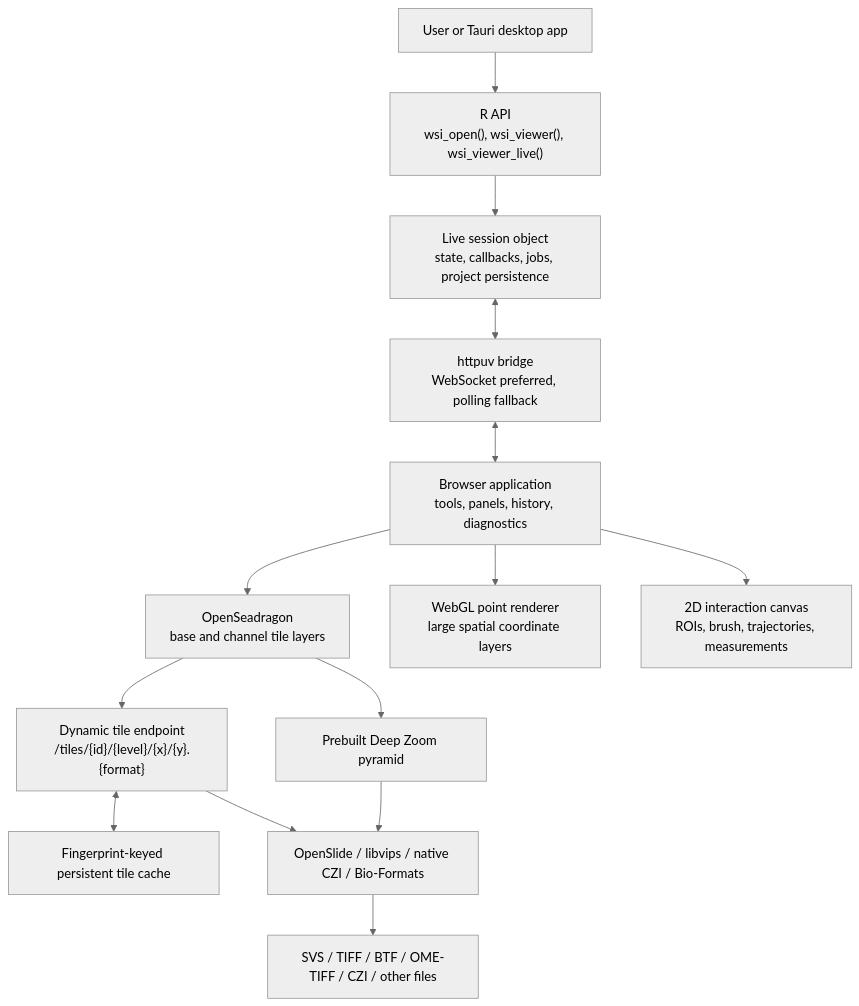
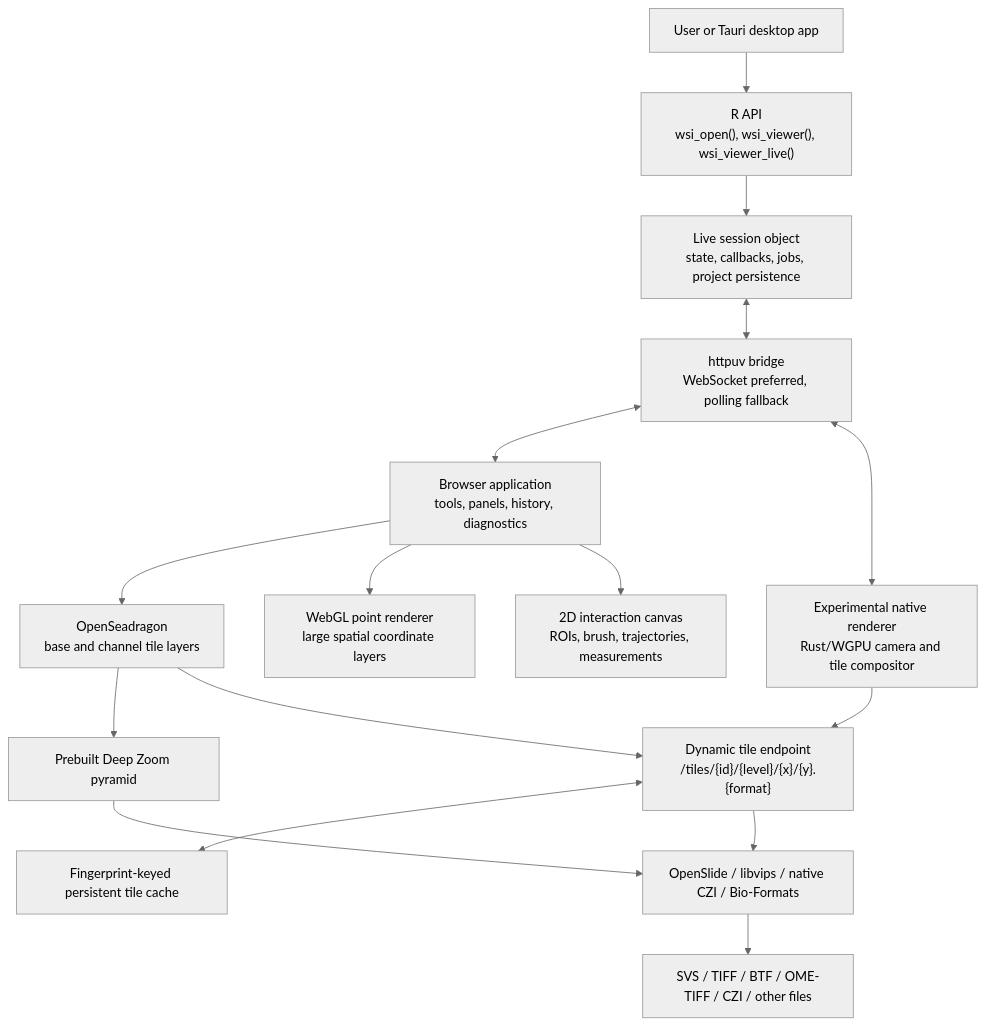
One commit to tkcaccia/wsiTools changed the diagram in docs/architecture.md. Above: the diagram before and after it, drawn with Mermaid (neutral theme). The commit also changed other lines of this file and 39 other files, not shown here.

````diff
--- a/docs/architecture.md
+++ b/docs/architecture.md
@@ -26,30 +26,33 @@
 ```mermaid
 flowchart TD
   User["User or Tauri desktop app"]
   RAPI["R API<br/>wsi_open(), wsi_viewer(), wsi_viewer_live()"]
   Session["Live session object<br/>state, callbacks, jobs, project persistence"]
   Bridge["httpuv bridge<br/>WebSocket preferred, polling fallback"]
   Browser["Browser application<br/>tools, panels, history, diagnostics"]
   OSD["OpenSeadragon<br/>base and channel tile layers"]
+  Native["Experimental native renderer<br/>Rust/WGPU camera and tile compositor"]
   GPU["WebGL point renderer<br/>large spatial coordinate layers"]
   Canvas["2D interaction canvas<br/>ROIs, brush, trajectories, measurements"]
   StaticTiles["Prebuilt Deep Zoom pyramid"]
   DynamicTiles["Dynamic tile endpoint<br/>/tiles/{id}/{level}/{x}/{y}.{format}"]
   Cache["Fingerprint-keyed persistent tile cache"]
   Backends["OpenSlide / libvips / native CZI / Bio-Formats"]
   Images["SVS / TIFF / BTF / OME-TIFF / CZI / other files"]
 
   User --> RAPI
   RAPI --> Session
   Session <--> Bridge
   Bridge <--> Browser
+  Bridge <--> Native
   Browser --> OSD
   Browser --> GPU
   Browser --> Canvas
   OSD --> StaticTiles
   OSD --> DynamicTiles
+  Native --> DynamicTiles
   DynamicTiles <--> Cache
   DynamicTiles --> Backends
   StaticTiles --> Backends
   Backends --> Images
 ```
````
